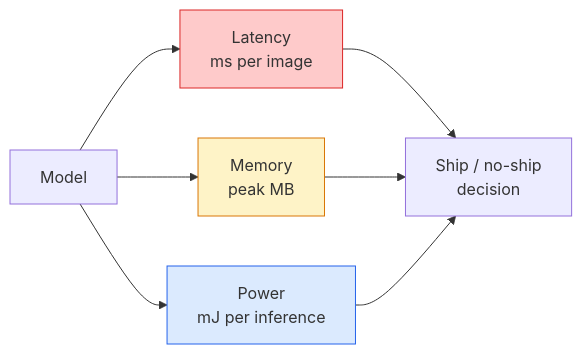
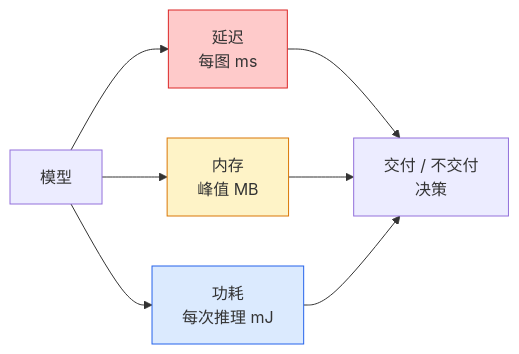
The diagram in lessons/04-computer-vision/15-real-time-edge/docs/zh.md (guangningsun/ailearning), drawn with Mermaid before and after one commit. The commit also changed other lines of this file and 29 other files, not shown here.

````diff
--- a/lessons/04-computer-vision/15-real-time-edge/docs/zh.md
+++ b/lessons/04-computer-vision/15-real-time-edge/docs/zh.md
@@ -29,14 +29,14 @@
 ```mermaid
 flowchart LR
-    M["Model"] --> LAT["Latency<br/>ms per image"]
-    M --> MEM["Memory<br/>peak MB"]
-    M --> PWR["Power<br/>mJ per inference"]
+    M["模型"] --> LAT["延迟<br/>每图 ms"]
+    M --> MEM["内存<br/>峰值 MB"]
+    M --> PWR["功耗<br/>每次推理 mJ"]
 
-    LAT --> SHIP["Ship / no-ship<br/>decision"]
+    LAT --> SHIP["交付 / 不交付<br/>决策"]
     MEM --> SHIP
     PWR --> SHIP
 
     style LAT fill:#fecaca,stroke:#dc2626
     style MEM fill:#fef3c7,stroke:#d97706
     style PWR fill:#dbeafe,stroke:#2563eb
 ```
````
